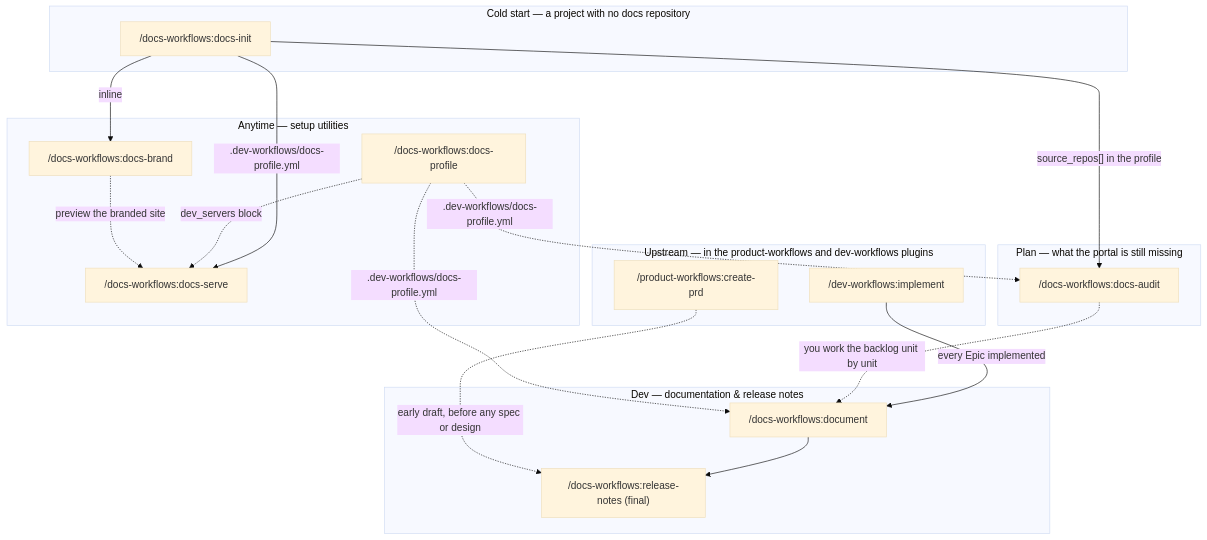
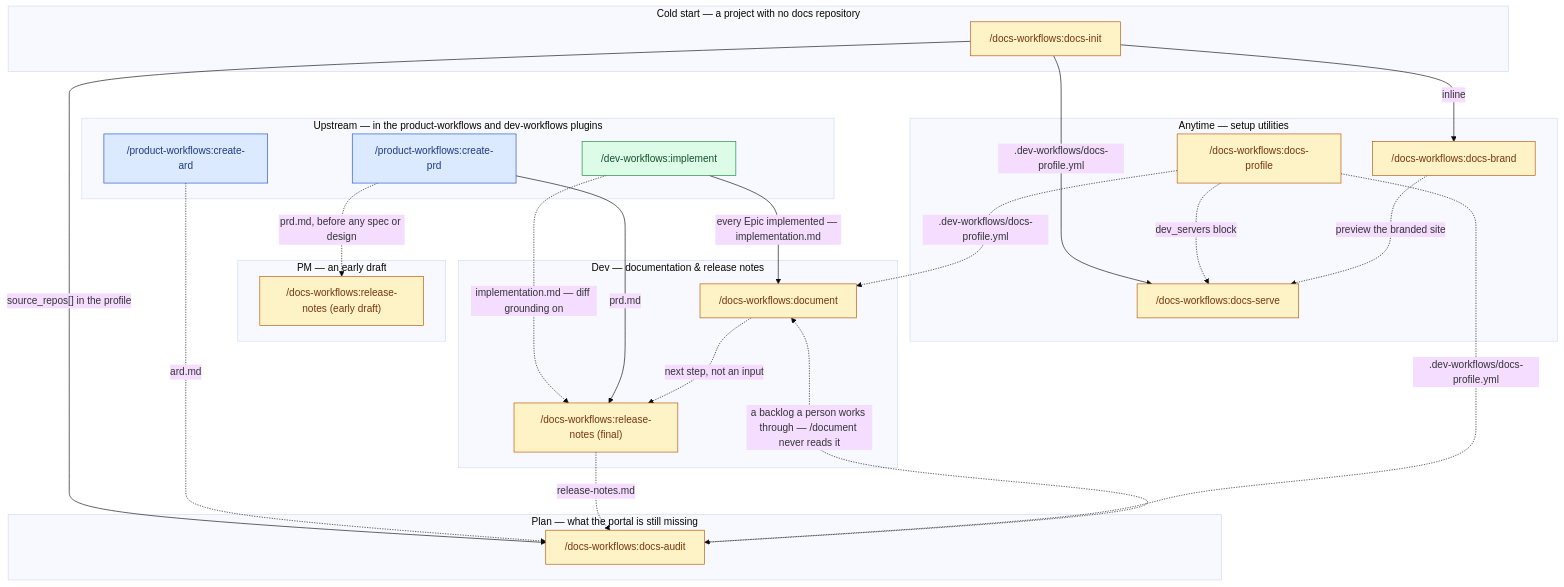
Before and after one commit to ihudak/ihudak-claude-plugins: the diagram in plugins/docs-workflows/docs/workflow.md, drawn with Mermaid (base theme). The commit also changed other lines of this file and 50 other files, not shown here.

````diff
--- a/plugins/docs-workflows/docs/workflow.md
+++ b/plugins/docs-workflows/docs/workflow.md
@@ -5,34 +5,46 @@
 ```mermaid
 flowchart TD
     subgraph UP["Upstream — in the product-workflows and dev-workflows plugins"]
-        implement["/dev-workflows:implement"]
-        createprd["/product-workflows:create-prd"]
+        implement["/dev-workflows:implement"]:::dev
+        createprd["/product-workflows:create-prd"]:::prod
+        createard["/product-workflows:create-ard"]:::prod
+    end
+    subgraph EARLY["PM — an early draft"]
+        rnpm["/docs-workflows:release-notes (early draft)"]:::docs
     end
     subgraph DOCS["Dev — documentation & release notes"]
-        document["/docs-workflows:document"]
-        rndev["/docs-workflows:release-notes (final)"]
-        document --> rndev
+        document["/docs-workflows:document"]:::docs
+        rndev["/docs-workflows:release-notes (final)"]:::docs
     end
     subgraph COLD["Cold start — a project with no docs repository"]
-        init["/docs-workflows:docs-init"]
+        init["/docs-workflows:docs-init"]:::docs
     end
     subgraph PLAN["Plan — what the portal is still missing"]
-        audit["/docs-workflows:docs-audit"]
+        audit["/docs-workflows:docs-audit"]:::docs
     end
     subgraph SETUP["Anytime — setup utilities"]
-        profile["/docs-workflows:docs-profile"]
-        brand["/docs-workflows:docs-brand"]
-        docsserve["/docs-workflows:docs-serve"]
+        profile["/docs-workflows:docs-profile"]:::docs
+        brand["/docs-workflows:docs-brand"]:::docs
+        docsserve["/docs-workflows:docs-serve"]:::docs
     end
 
-    implement -->|every Epic implemented| document
-    createprd -.->|early draft, before any spec or design| rndev
+    implement -->|every Epic implemented — implementation.md| document
+    implement -.->|implementation.md — diff grounding on| rndev
+    createprd -.->|prd.md, before any spec or design| rnpm
+    createprd -->|prd.md| rndev
+    document -.->|next step, not an input| rndev
     init -->|inline| brand
     init -->|"source_repos[] in the profile"| audit
-    audit -.->|"you work the backlog unit by unit"| document
+    createard -.->|ard.md| audit
+    rndev -.->|release-notes.md| audit
+    audit -.->|a backlog a person works through — /document never reads it| document
     init -->|.dev-workflows/docs-profile.yml| docsserve
     profile -.->|.dev-workflows/docs-profile.yml| document
     profile -.->|.dev-workflows/docs-profile.yml| audit
     profile -.->|dev_servers block| docsserve
     brand -.->|preview the branded site| docsserve
+
+    classDef prod fill:#dbeafe,stroke:#1d4ed8,color:#1e3a8a
+    classDef dev fill:#dcfce7,stroke:#15803d,color:#14532d
+    classDef docs fill:#fef3c7,stroke:#b45309,color:#78350f
 ```
````
